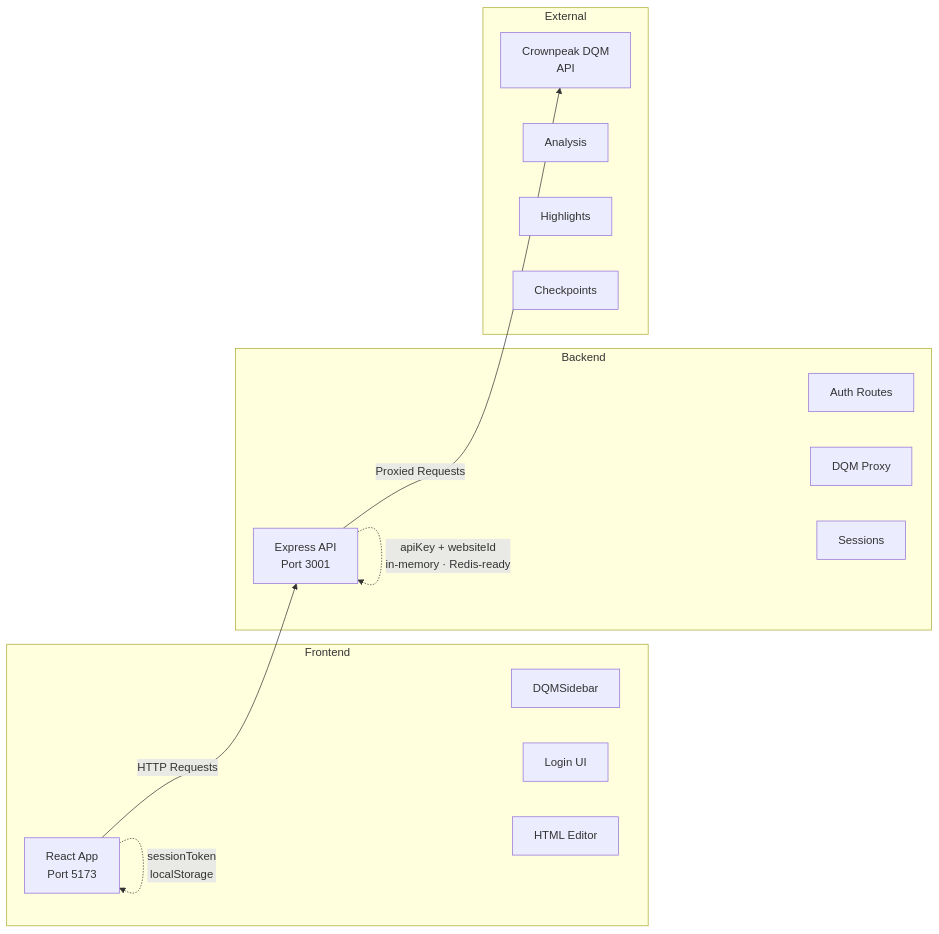
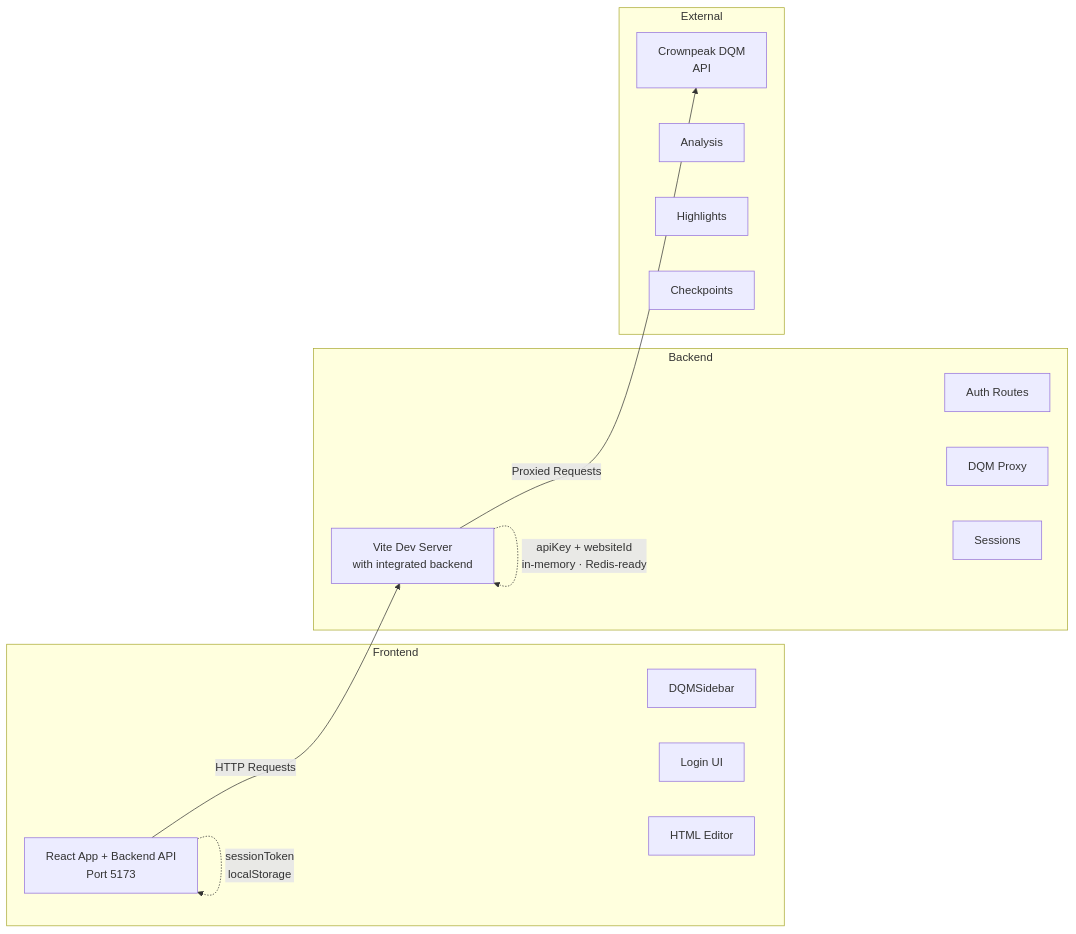
The diagram in docs/QUICKSTART.md (Crownpeak/dqm-react-component), drawn with Mermaid before and after one commit. The commit also changed other lines of this file and 75 other files, not shown here.

````diff
--- a/docs/QUICKSTART.md
+++ b/docs/QUICKSTART.md
@@ -64,33 +63,33 @@
 ```mermaid
 graph LR
-A[React App<br/>Port 5173]
-B[Express API<br/>Port 3001]
+A[React App + Backend API<br/>Port 5173]
+B[Vite Dev Server<br/>with integrated backend]
 C[Crownpeak DQM<br/>API]
 
     A -->|HTTP Requests| B
     B -->|Proxied Requests| C
     
     A -.->|sessionToken<br/>localStorage| A
     B -.->|apiKey + websiteId<br/>in-memory · Redis-ready| B
     
     subgraph Frontend
         A
         A1[DQMSidebar]
         A2[Login UI]
         A3[HTML Editor]
     end
     
     subgraph Backend
         B
         B1[Auth Routes]
         B2[DQM Proxy]
         B3[Sessions]
     end
     
     subgraph External
         C
         C1[Analysis]
         C2[Highlights]
         C3[Checkpoints]
     end
 ```
````
